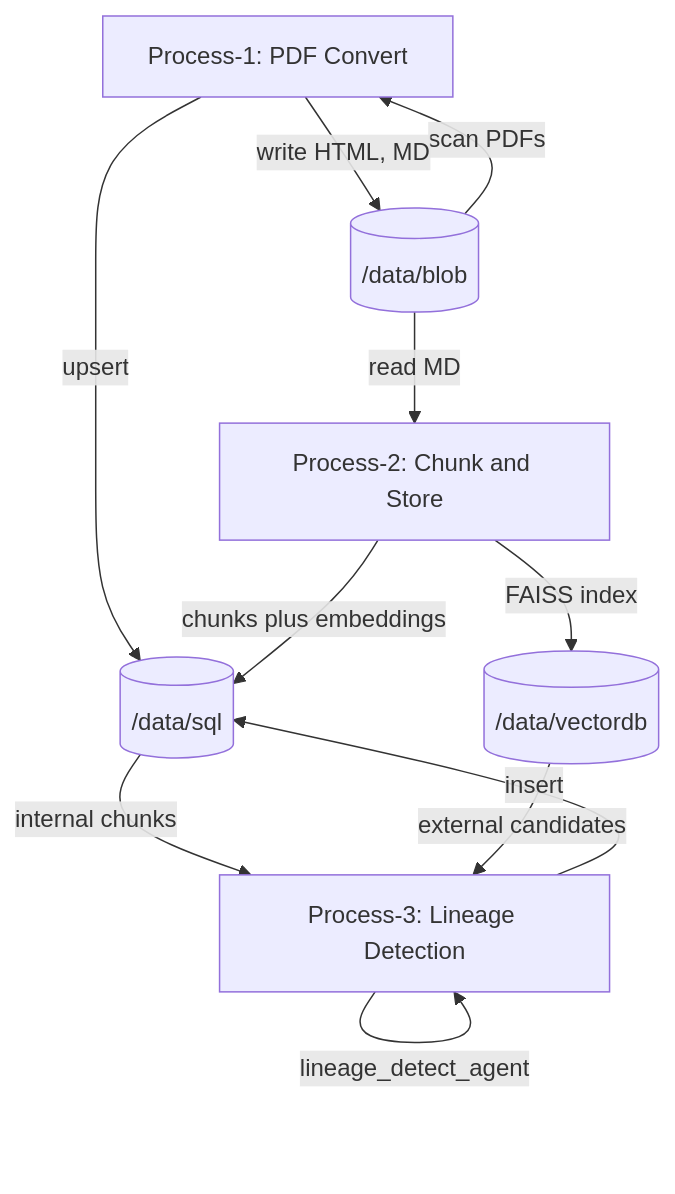
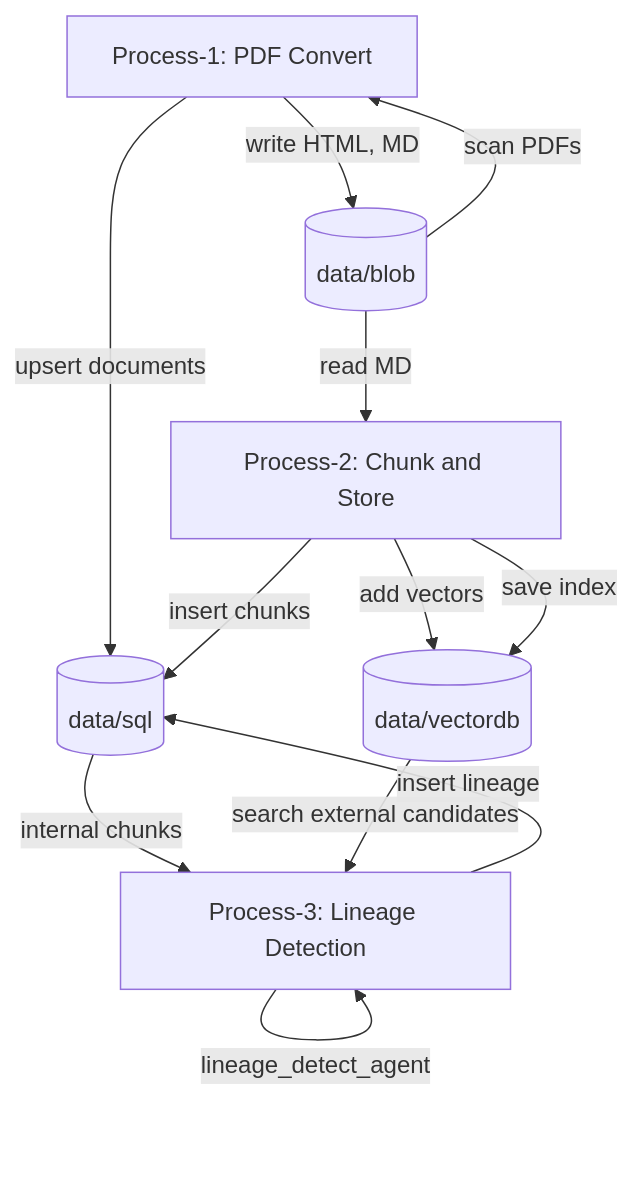
Before and after one commit to Rajesh-Nair/RISEAPP: the second of 5 diagrams in README.md, drawn with Mermaid. The commit also changed other lines of this file and 19 other files, not shown here.

````diff
--- a/README.md
+++ b/README.md
@@ -122,19 +179,21 @@
 ```mermaid
 flowchart TB
   P1[Process-1: PDF Convert]
   P2[Process-2: Chunk and Store]
   P3[Process-3: Lineage Detection]
-  Blob[(/data/blob)]
-  SQL[(/data/sql)]
-  VDB[(/data/vectordb)]
+  Blob[(data/blob)]
+  SQL[(data/sql)]
+  VDB[(data/vectordb)]
+
   Blob -->|scan PDFs| P1
   P1 -->|write HTML, MD| Blob
-  P1 -->|upsert| SQL
+  P1 -->|upsert documents| SQL
   Blob -->|read MD| P2
-  P2 -->|chunks plus embeddings| SQL
-  P2 -->|FAISS index| VDB
+  P2 -->|insert chunks| SQL
+  P2 -->|add vectors| VDB
+  P2 -->|save index| VDB
   SQL -->|internal chunks| P3
-  VDB -->|external candidates| P3
+  VDB -->|search external candidates| P3
   P3 -->|lineage_detect_agent| P3
-  P3 -->|insert| SQL
+  P3 -->|insert lineage| SQL
 ```
````
